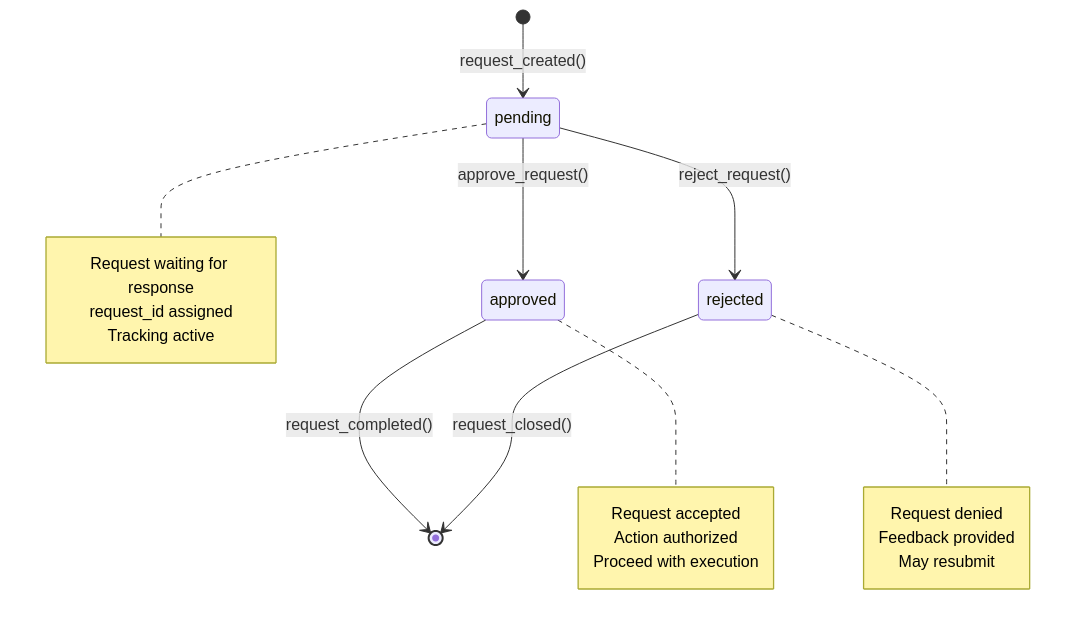
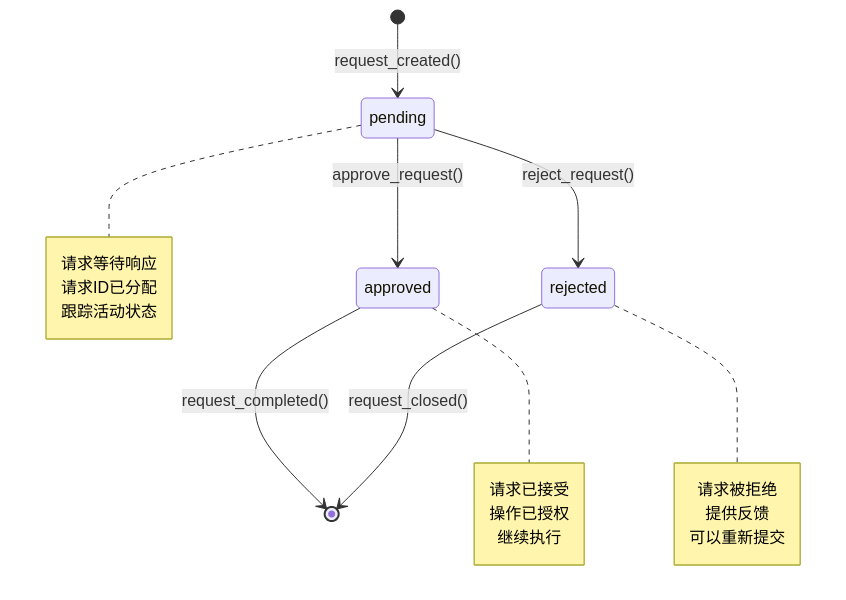
The sixth of 9 diagrams in s10/s10-team-protocols.md (duzhenxun/ai-agent-study), drawn with Mermaid before and after one commit. The commit also changed other lines of this file and 2 other files, not shown here.

````diff
--- a/s10/s10-team-protocols.md
+++ b/s10/s10-team-protocols.md
@@ -313,26 +313,26 @@
 ```mermaid
 stateDiagram-v2
     [*] --> pending: request_created()
     pending --> approved: approve_request()
     pending --> rejected: reject_request()
     approved --> [*]: request_completed()
     rejected --> [*]: request_closed()
 
     note right of pending
-        Request waiting for response
-        request_id assigned
-        Tracking active
+        请求等待响应
+        请求ID已分配
+        跟踪活动状态
     end note
 
     note right of approved
-        Request accepted
-        Action authorized
-        Proceed with execution
+        请求已接受
+        操作已授权
+        继续执行
     end note
 
     note right of rejected
-        Request denied
-        Feedback provided
-        May resubmit
+        请求被拒绝
+        提供反馈
+        可以重新提交
     end note
 ```
````
